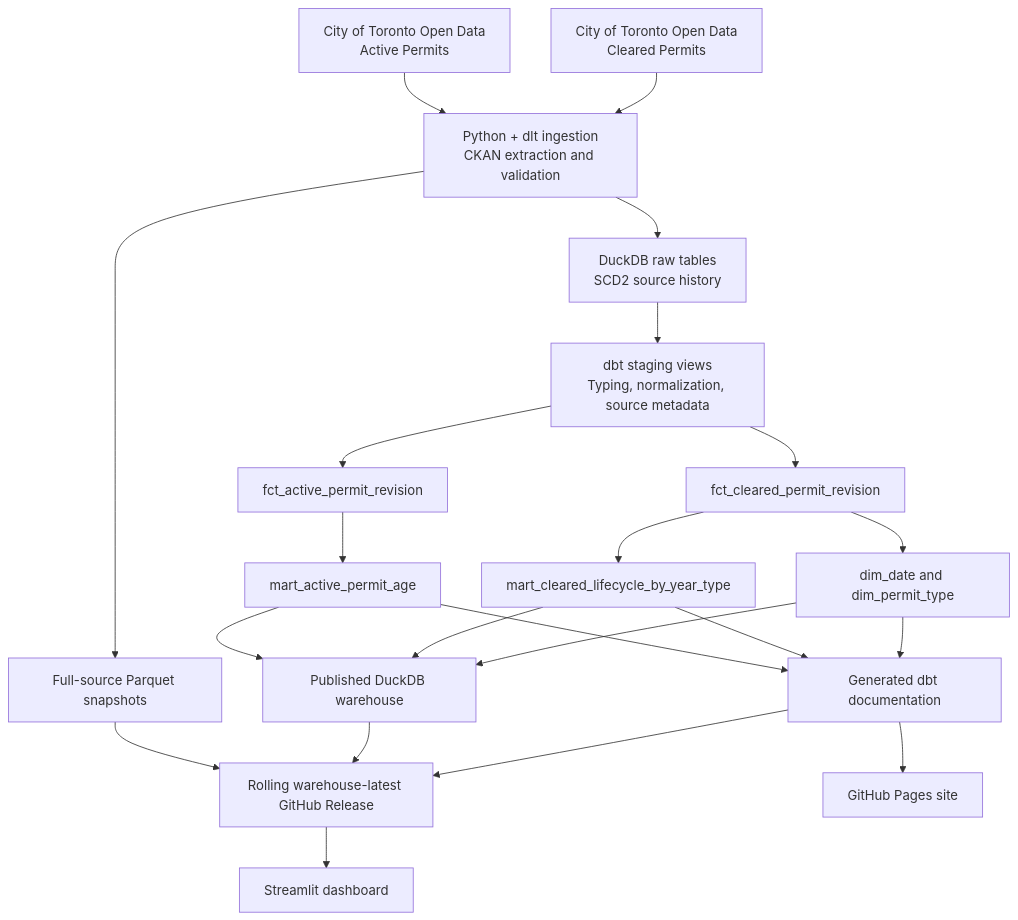
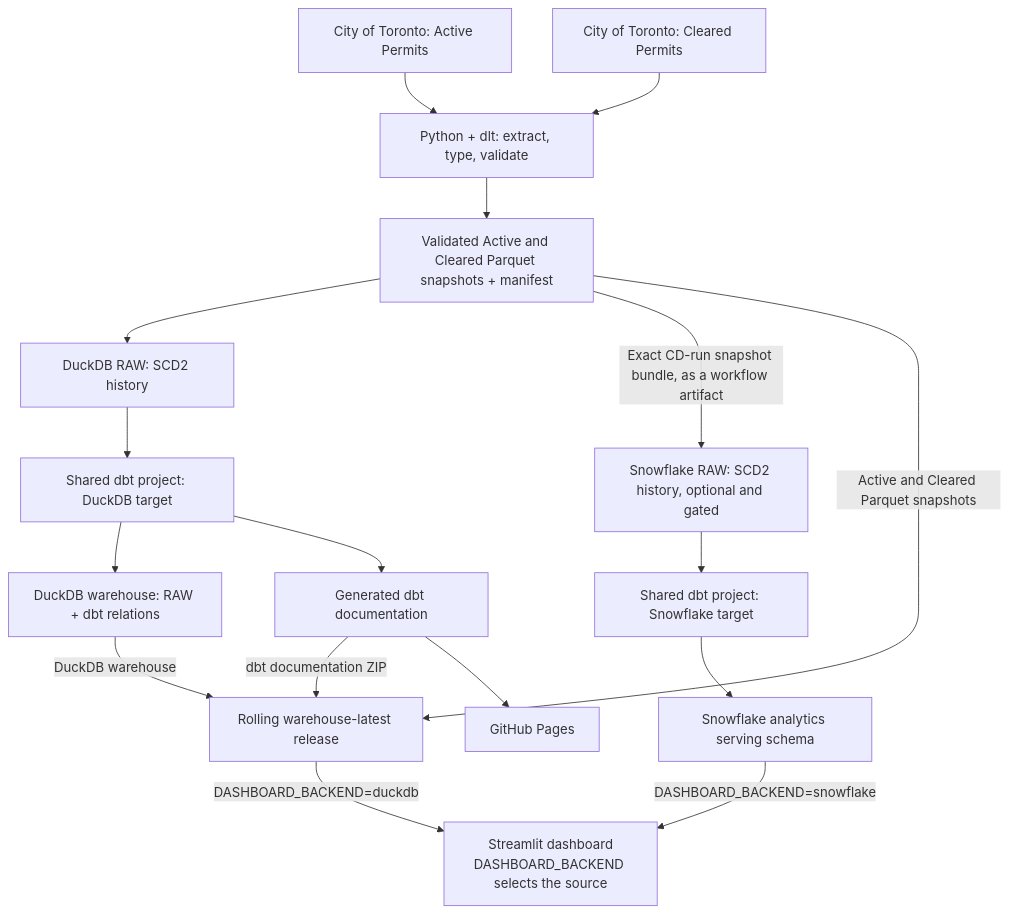
Before and after one commit to gagadanalyst/toronto-housing-bottleneck-analytics: the first of 2 diagrams in README.md, drawn with Mermaid. The commit also changed other lines of this file and 1 other file, not shown here.

Commit message:
docs: document dual-backend operations and CI/CD flow

````diff
--- a/README.md
+++ b/README.md
@@ -29,24 +21,33 @@
 ```mermaid
-flowchart TD
-    A["City of Toronto Open Data<br/>Active Permits"] --> X["Python + dlt ingestion<br/>CKAN extraction and validation"]
-    B["City of Toronto Open Data<br/>Cleared Permits"] --> X
-    X --> P[Full-source Parquet snapshots]
-    X --> R["DuckDB raw tables<br/>SCD2 source history"]
-    R --> S["dbt staging views<br/>Typing, normalization, source metadata"]
-    S --> FA[fct_active_permit_revision]
-    S --> FC[fct_cleared_permit_revision]
-    FA --> MA[mart_active_permit_age]
-    FC --> MC[mart_cleared_lifecycle_by_year_type]
-    FC --> D[dim_date and dim_permit_type]
-    MA --> W[Published DuckDB warehouse]
-    MC --> W
-    D --> W
-    P --> G[Rolling warehouse-latest GitHub Release]
-    W --> G
-    MA --> DOCS[Generated dbt documentation]
-    MC --> DOCS
-    D --> DOCS
-    DOCS --> G
-    DOCS --> Pages[GitHub Pages site]
-    G --> ST[Streamlit dashboard]
+flowchart TB
+    A[City of Toronto: Active Permits]
+    C[City of Toronto: Cleared Permits]
+    E[Python + dlt: extract, type, validate]
+    P[Validated Active and Cleared Parquet snapshots + manifest]
+    D[DuckDB RAW: SCD2 history]
+    S[Snowflake RAW: SCD2 history, optional and gated]
+    TD[Shared dbt project: DuckDB target]
+    TS[Shared dbt project: Snowflake target]
+    W[DuckDB warehouse: RAW + dbt relations]
+    SM[Snowflake analytics serving schema]
+    R[Rolling warehouse-latest release]
+    DOCS[Generated dbt documentation]
+    APP[Streamlit dashboard<br/>DASHBOARD_BACKEND selects the source]
+
+    A --> E
+    C --> E
+    E --> P
+    P --> D
+    P -->|Exact CD-run snapshot bundle, as a workflow artifact| S
+    D --> TD
+    S --> TS
+    TD --> W
+    TS --> SM
+    W -->|DuckDB warehouse| R
+    P -->|Active and Cleared Parquet snapshots| R
+    TD --> DOCS
+    DOCS -->|dbt documentation ZIP| R
+    DOCS --> Pages[GitHub Pages]
+    R -->|DASHBOARD_BACKEND=duckdb| APP
+    SM -->|DASHBOARD_BACKEND=snowflake| APP
 ```
````
